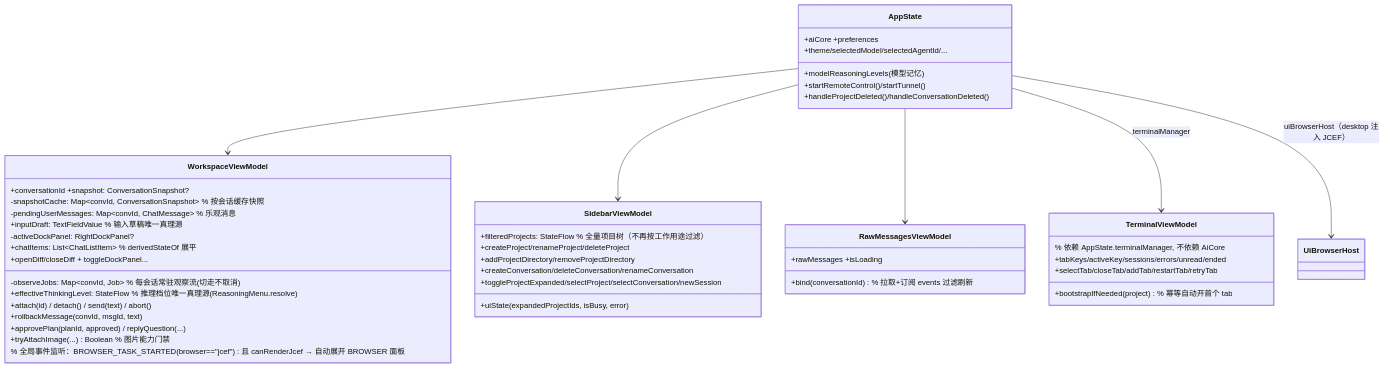
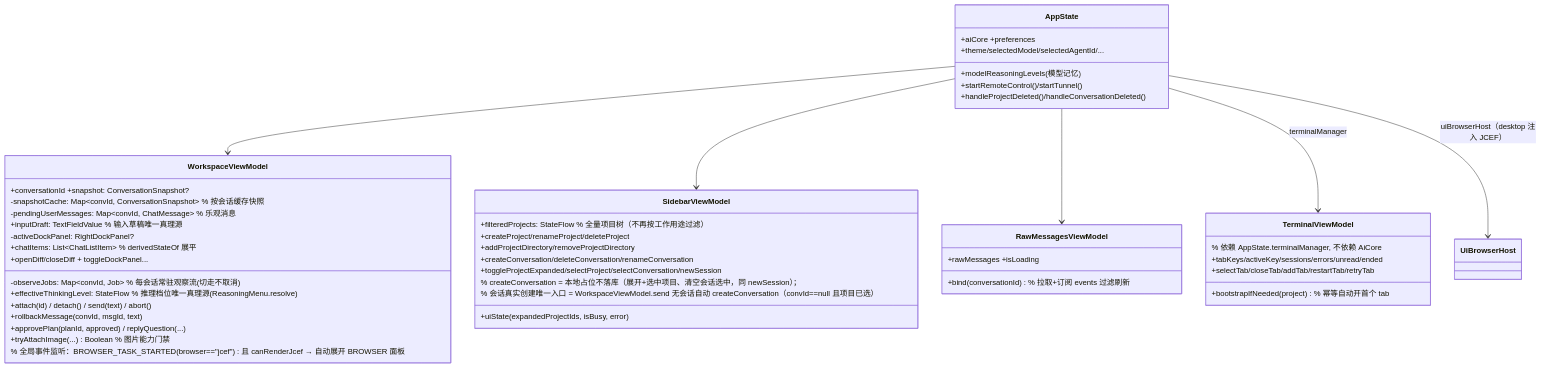
The second of 4 diagrams in mederi/docs/architecture/02-app-shared.md (lzdev42/mederi), drawn with Mermaid before and after one commit. The commit also changed other lines of this file and 74 other files, not shown here.

````diff
--- a/mederi/docs/architecture/02-app-shared.md
+++ b/mederi/docs/architecture/02-app-shared.md
@@ -289,49 +289,51 @@
 ```mermaid
 classDiagram
     class AppState {
         +aiCore +preferences
         +theme/selectedModel/selectedAgentId/...
         +modelReasoningLevels(模型记忆)
         +startRemoteControl()/startTunnel()
         +handleProjectDeleted()/handleConversationDeleted()
     }
     class WorkspaceViewModel {
         +conversationId +snapshot: ConversationSnapshot?
         -snapshotCache: Map~convId, ConversationSnapshot~  % 按会话缓存快照
         -observeJobs: Map~convId, Job~  % 每会话常驻观察流(切走不取消)
         -pendingUserMessages: Map~convId, ChatMessage~  % 乐观消息
         +inputDraft: TextFieldValue  % 输入草稿唯一真理源
         -activeDockPanel: RightDockPanel?
         +chatItems: List~ChatListItem~  % derivedStateOf 展平
         +effectiveThinkingLevel: StateFlow  % 推理档位唯一真理源(ReasoningMenu.resolve)
         +attach(id) / detach() / send(text) / abort()
         +rollbackMessage(convId, msgId, text)
         +approvePlan(planId, approved) / replyQuestion(...) 
         +tryAttachImage(...) Boolean  % 图片能力门禁
         +openDiff/closeDiff + toggleDockPanel...
         % 全局事件监听：BROWSER_TASK_STARTED(browser=="jcef") 且 canRenderJcef → 自动展开 BROWSER 面板
     }
     class SidebarViewModel {
         +uiState(expandedProjectIds, isBusy, error)
         +filteredProjects: StateFlow  % 全量项目树（不再按工作用途过滤）
         +createProject/renameProject/deleteProject
         +addProjectDirectory/removeProjectDirectory
         +createConversation/deleteConversation/renameConversation
         +toggleProjectExpanded/selectProject/selectConversation/newSession
+    % createConversation = 本地占位不落库（展开+选中项目、清空会话选中，同 newSession）；
+    %  会话真实创建唯一入口 = WorkspaceViewModel.send 无会话自动 createConversation（convId==null 且项目已选）
     }
     class TerminalViewModel {
         % 依赖 AppState.terminalManager, 不依赖 AiCore
         +tabKeys/activeKey/sessions/errors/unread/ended
         +selectTab/closeTab/addTab/restartTab/retryTab
         +bootstrapIfNeeded(project)  % 幂等自动开首个 tab
     }
     class RawMessagesViewModel {
         +rawMessages +isLoading
         +bind(conversationId)  % 拉取+订阅 events 过滤刷新
     }
     AppState --> WorkspaceViewModel
     AppState --> SidebarViewModel
     AppState --> RawMessagesViewModel
     AppState --> TerminalViewModel : terminalManager
     AppState --> UiBrowserHost : uiBrowserHost（desktop 注入 JCEF）
 ```
````
